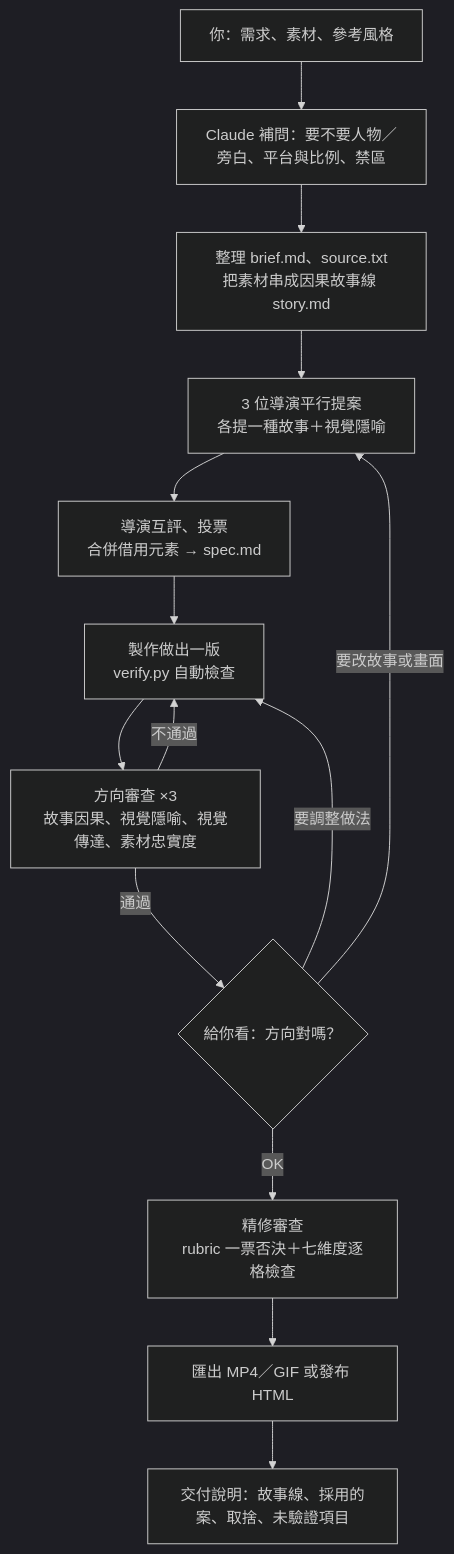
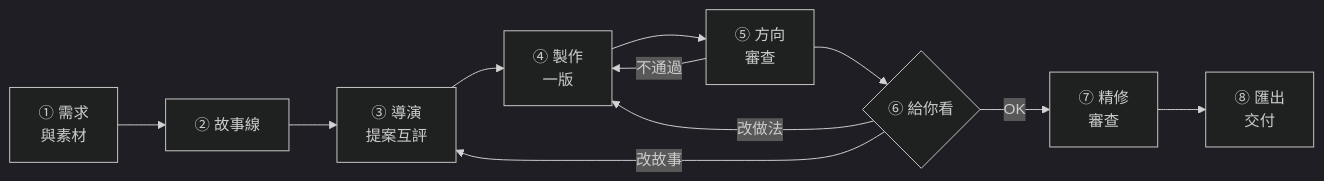
Before and after one commit to chengwesley/canvas-motion: the diagram in README.md, drawn with Mermaid (dark theme). The commit also changed other lines of this file, not shown here.

Commit message:
README：工作流程圖改為橫式
- 流程圖改成由左到右（flowchart LR），8 個步驟精簡成短標籤
- 各步驟細節移到圖下方的編號說明

````diff
--- a/README.md
+++ b/README.md
@@ -85,16 +85,13 @@
 ```mermaid
-flowchart TD
-    A["你：需求、素材、參考風格"] --> B["Claude 補問：要不要人物／旁白、平台與比例、禁區"]
-    B --> C["整理 brief.md、source.txt<br/>把素材串成因果故事線 story.md"]
-    C --> D["3 位導演平行提案<br/>各提一種故事＋視覺隱喻"]
-    D --> E["導演互評、投票<br/>合併借用元素 → spec.md"]
-    E --> F["製作做出一版<br/>verify.py 自動檢查"]
-    F --> G["方向審查 ×3<br/>故事因果、視覺隱喻、視覺傳達、素材忠實度"]
+flowchart LR
+    A["① 需求<br/>與素材"] --> C["② 故事線"]
+    C --> D["③ 導演<br/>提案互評"]
+    D --> F["④ 製作<br/>一版"]
+    F --> G["⑤ 方向<br/>審查"]
     G -->|不通過| F
-    G -->|通過| H{"給你看：方向對嗎？"}
-    H -->|要改故事或畫面| D
-    H -->|要調整做法| F
-    H -->|OK| I["精修審查<br/>rubric 一票否決＋七維度逐格檢查"]
-    I --> J["匯出 MP4／GIF 或發布 HTML"]
-    J --> K["交付說明：故事線、採用的案、取捨、未驗證項目"]
+    G --> H{"⑥ 給你看"}
+    H -->|改故事| D
+    H -->|改做法| F
+    H -->|OK| I["⑦ 精修<br/>審查"]
+    I --> J["⑧ 匯出<br/>交付"]
 ```
````
